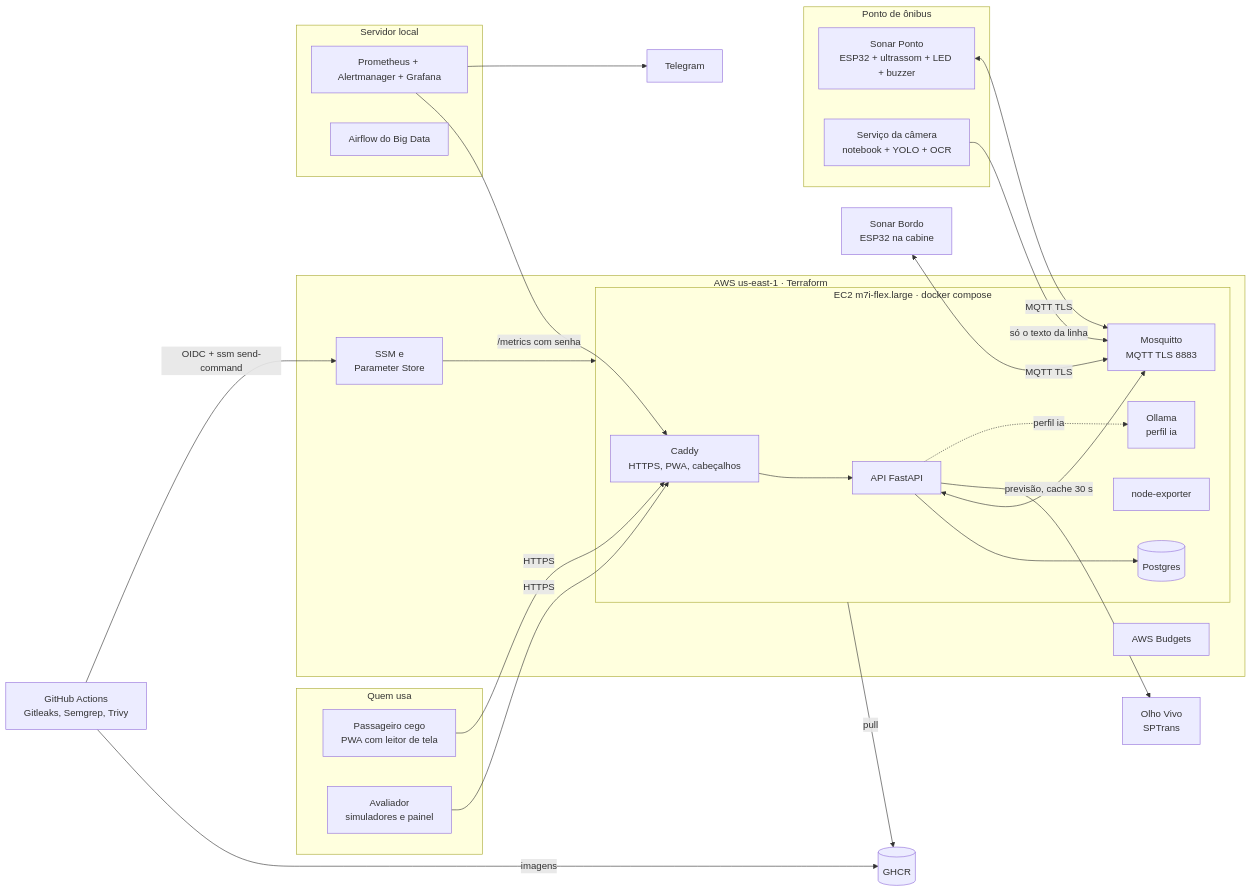
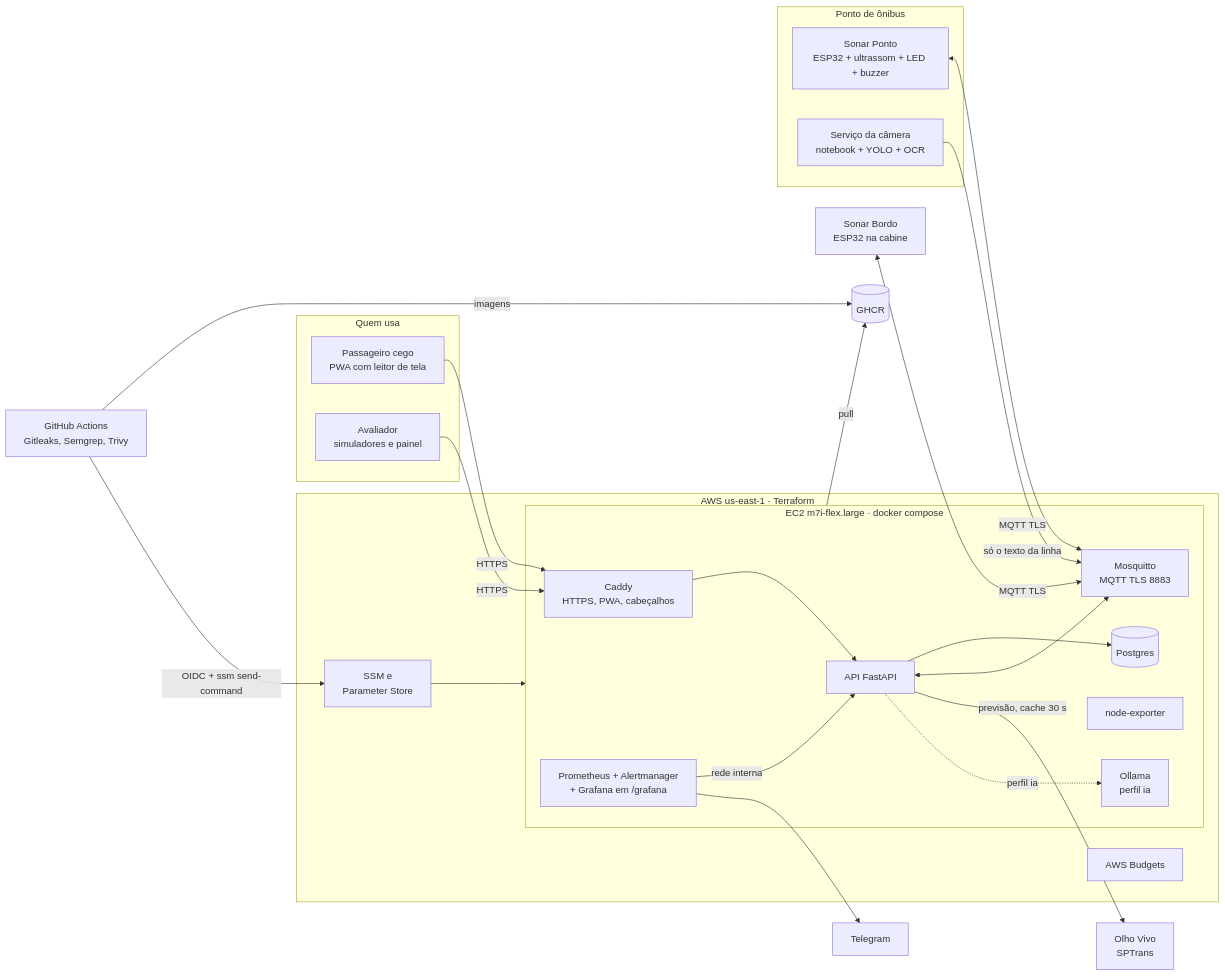
One commit to RodrigoResendeViana/sonar-blind changed the diagram in docs/arquitetura.md. Above: the diagram before and after it, drawn with Mermaid. The commit also changed other lines of this file and 3 other files, not shown here.

Commit message:
docs: monitoramento na AWS, sem servidor local

````diff
--- a/docs/arquitetura.md
+++ b/docs/arquitetura.md
@@ -3,46 +3,43 @@
 ```mermaid
 flowchart LR
   subgraph Usuarios[Quem usa]
     P[Passageiro cego<br/>PWA com leitor de tela]
     A[Avaliador<br/>simuladores e painel]
   end
   subgraph AWS[AWS us-east-1 · Terraform]
     subgraph EC2[EC2 m7i-flex.large · docker compose]
       C[Caddy<br/>HTTPS, PWA, cabeçalhos]
       API[API FastAPI]
       DB[(Postgres)]
       M[Mosquitto<br/>MQTT TLS 8883]
       NE[node-exporter]
       O[Ollama<br/>perfil ia]
+      PR[Prometheus + Alertmanager<br/>+ Grafana em /grafana]
     end
     SSM[SSM e<br/>Parameter Store]
     B[AWS Budgets]
   end
   subgraph Ponto[Ponto de ônibus]
     SP[Sonar Ponto<br/>ESP32 + ultrassom + LED + buzzer]
     CAM[Serviço da câmera<br/>notebook + YOLO + OCR]
   end
   SB[Sonar Bordo<br/>ESP32 na cabine]
   OV[Olho Vivo<br/>SPTrans]
-  subgraph Casa[Servidor local]
-    PR[Prometheus + Alertmanager + Grafana]
-    AF[Airflow do Big Data]
-  end
   GH[GitHub Actions<br/>Gitleaks, Semgrep, Trivy]
   GHCR[(GHCR)]
   TG[Telegram]
 
   P & A -->|HTTPS| C --> API
   API --> DB
   API <--> M
   API -->|previsão, cache 30 s| OV
   API -.->|perfil ia| O
   SP <-->|MQTT TLS| M
   CAM -->|só o texto da linha| M
   SB <-->|MQTT TLS| M
   GH -->|imagens| GHCR
   GH -->|OIDC + ssm send-command| SSM --> EC2
   EC2 -->|pull| GHCR
-  PR -->|/metrics com senha| C
+  PR -->|rede interna| API
   PR --> TG
 ```
````
